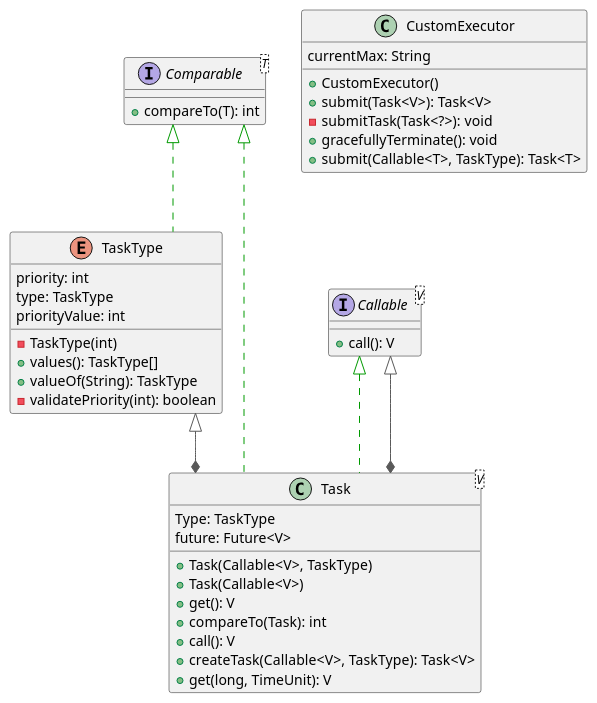
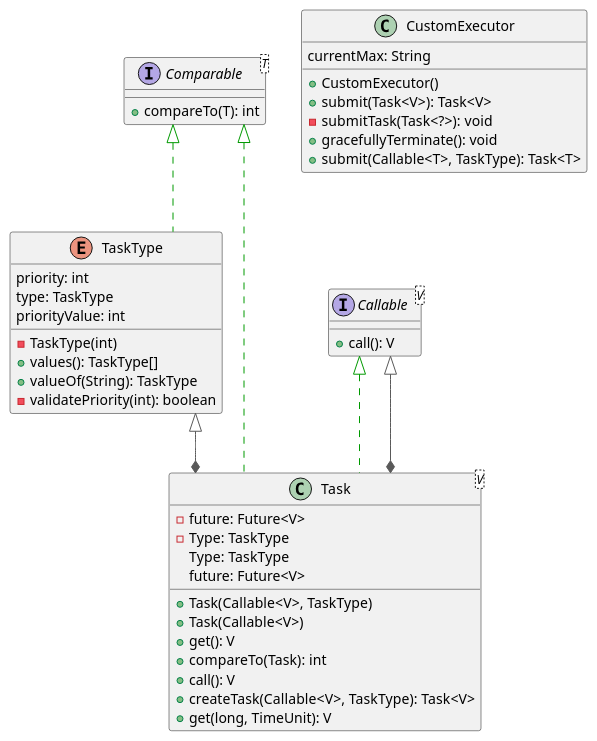
Before and after one commit to GalHillel/OOP_2: the diagram in Ex2_UML.plantuml, drawn with PlantUML.

Commit message:
update UML

```diff
--- a/Ex2_UML.plantuml
+++ b/Ex2_UML.plantuml
@@ -1,64 +1,66 @@
 @startuml
 
 '!theme aws-orange
 '!theme black-knight
 '!theme cloudscape-design
 '!theme hacker
 '!theme reddress-darkblue
 '!theme reddress-darkgreen
 '!theme reddress-darkorange
 '!theme reddress-darkred
 '!theme reddress-lightblue
 '!theme reddress-lightgreen
 '!theme reddress-lightorange
 '!theme reddress-lightred
 '!theme toy
 'top to bottom direction
 skinparam  linetype ortho
 
 
 interface Comparable<T>  {
   + compareTo(T): int
 }
 
 class CustomExecutor {
   + CustomExecutor()
   + submit(Task<V>): Task<V>
   - submitTask(Task<?>): void
   + gracefullyTerminate(): void
   + submit(Callable<T>, TaskType): Task<T>
    currentMax: String
 }
 
 enum TaskType {
   - TaskType(int)
   + values(): TaskType[]
   + valueOf(String): TaskType
   - validatePriority(int): boolean
    priority: int
    type: TaskType
    priorityValue: int
 }
 
 interface Callable<V>  {
   + call(): V
 }
 
 class Task<V> {
   + Task(Callable<V>, TaskType)
   + Task(Callable<V>)
+  - future: Future<V>
+  - Type: TaskType
   + get(): V
   + compareTo(Task): int
   + call(): V
   + createTask(Callable<V>, TaskType): Task<V>
   + get(long, TimeUnit): V
    Type: TaskType
    future: Future<V>
 }
 
 Callable    ^-[#009900,dashed]-  Task
 Callable    ^-[#595959,plain]-*   Task
 Comparable  ^-[#009900,dashed]-  Task
 TaskType    ^-[#595959,plain]-*  Task
 Comparable  ^-[#009900,dashed]-  TaskType
 @enduml
```
